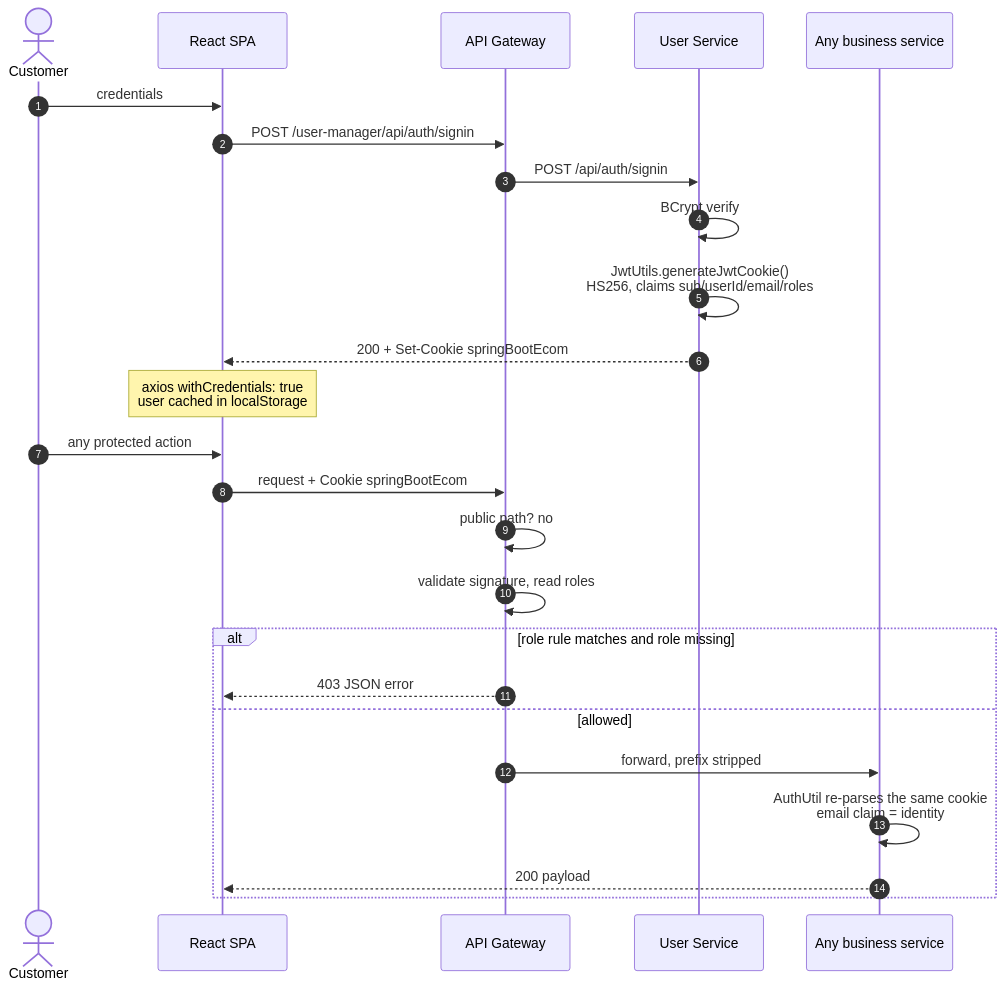
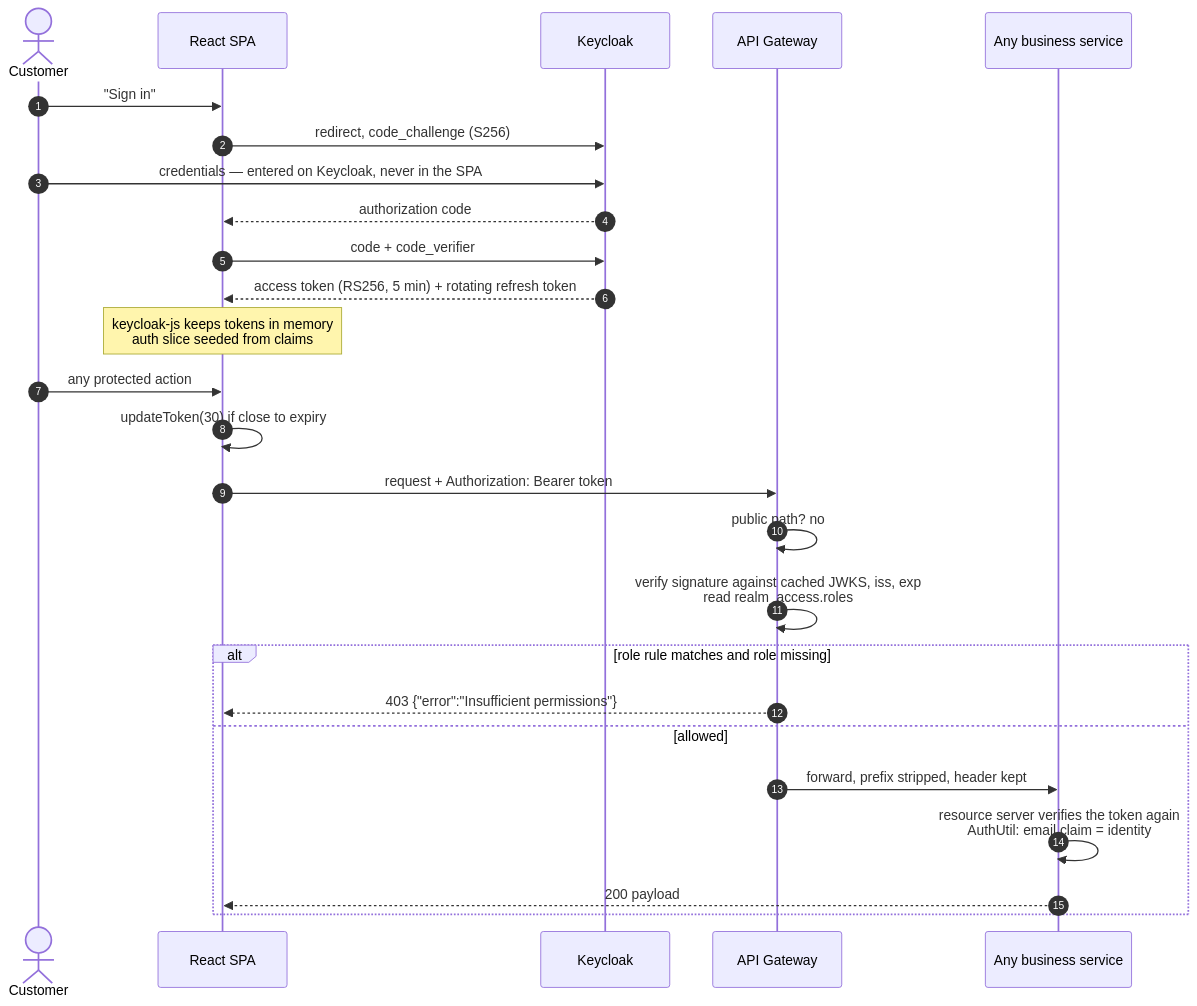
The second of 6 diagrams in docs/architecture/uml-behaviour.md (thaivanlam/Techzone-laptop-project), drawn with Mermaid before and after one commit. The commit also changed other lines of this file and 60 other files, not shown here.

````diff
--- a/docs/architecture/uml-behaviour.md
+++ b/docs/architecture/uml-behaviour.md
@@ -64,29 +63,30 @@
 ```mermaid
 sequenceDiagram
     autonumber
     actor C as Customer
     participant SPA as React SPA
+    participant KC as Keycloak
     participant GW as API Gateway
-    participant US as User Service
     participant SVC as Any business service
 
-    C->>SPA: credentials
-    SPA->>GW: POST /user-manager/api/auth/signin
-    GW->>US: POST /api/auth/signin
-    US->>US: BCrypt verify
-    US->>US: JwtUtils.generateJwtCookie()<br/>HS256, claims sub/userId/email/roles
-    US-->>SPA: 200 + Set-Cookie springBootEcom
-    Note over SPA: axios withCredentials: true<br/>user cached in localStorage
+    C->>SPA: "Sign in"
+    SPA->>KC: redirect, code_challenge (S256)
+    C->>KC: credentials — entered on Keycloak, never in the SPA
+    KC-->>SPA: authorization code
+    SPA->>KC: code + code_verifier
+    KC-->>SPA: access token (RS256, 5 min) + rotating refresh token
+    Note over SPA: keycloak-js keeps tokens in memory<br/>auth slice seeded from claims
 
     C->>SPA: any protected action
-    SPA->>GW: request + Cookie springBootEcom
+    SPA->>SPA: updateToken(30) if close to expiry
+    SPA->>GW: request + Authorization: Bearer token
     GW->>GW: public path? no
-    GW->>GW: validate signature, read roles
+    GW->>GW: verify signature against cached JWKS, iss, exp<br/>read realm_access.roles
     alt role rule matches and role missing
-        GW-->>SPA: 403 JSON error
+        GW-->>SPA: 403 {"error":"Insufficient permissions"}
     else allowed
-        GW->>SVC: forward, prefix stripped
-        SVC->>SVC: AuthUtil re-parses the same cookie<br/>email claim = identity
+        GW->>SVC: forward, prefix stripped, header kept
+        SVC->>SVC: resource server verifies the token again<br/>AuthUtil: email claim = identity
         SVC-->>SPA: 200 payload
     end
 ```
````
